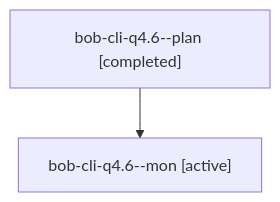
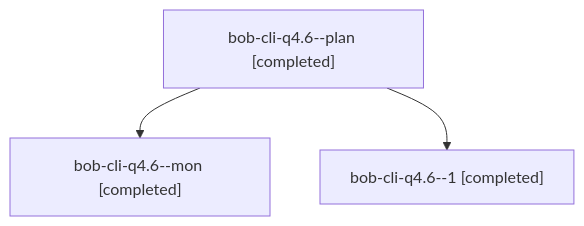
The diagram in sessions/bbugyi200.athena.bob-cli-q4.6.md (bobs-org/bob-cli--agents), drawn with Mermaid before and after one commit. The commit also changed other lines of this file and 45 other files, not shown here.

````diff
--- a/sessions/bbugyi200.athena.bob-cli-q4.6.md
+++ b/sessions/bbugyi200.athena.bob-cli-q4.6.md
@@ -9,6 +9,8 @@
 ```mermaid
 flowchart TD
   n0["bob-cli-q4.6--plan [completed]"]
-  n1["bob-cli-q4.6--mon [active]"]
+  n1["bob-cli-q4.6--mon [completed]"]
   n0 --> n1
+  n2["bob-cli-q4.6--1 [completed]"]
+  n0 --> n2
 ```
````
